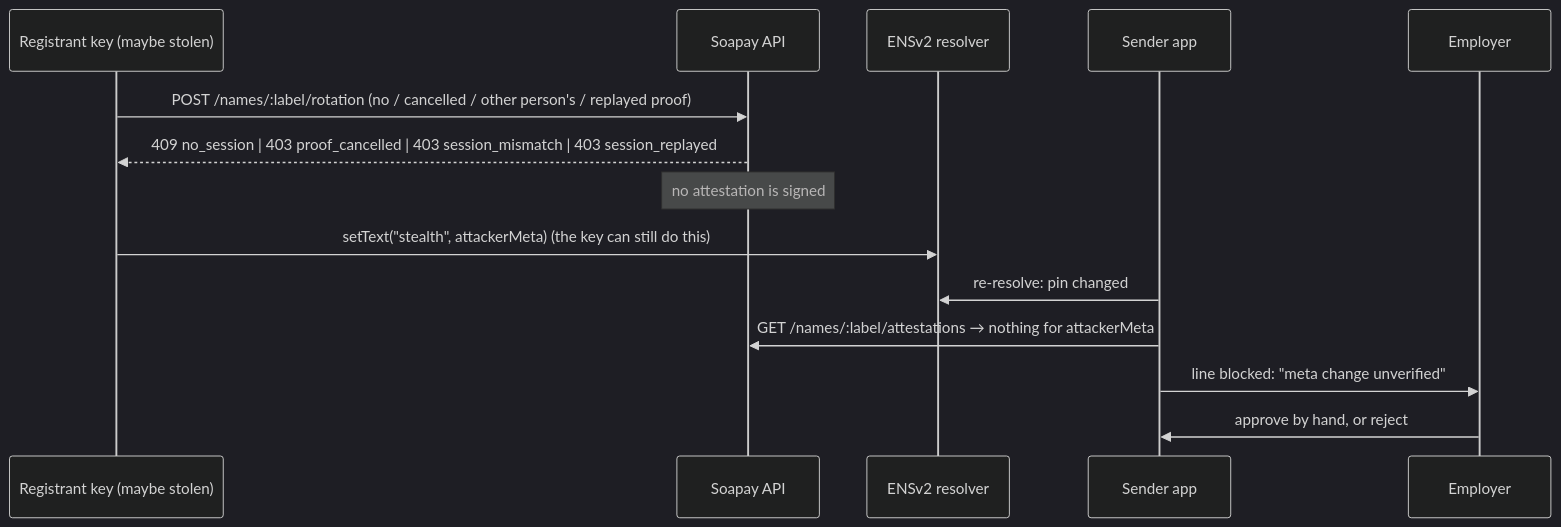
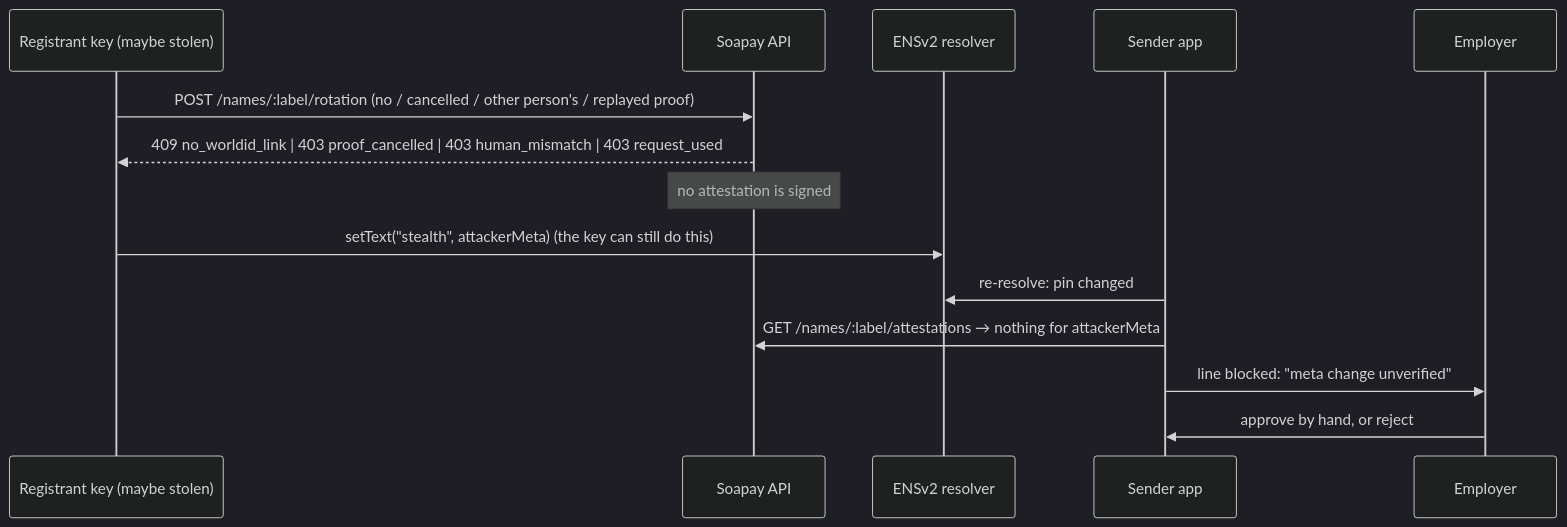
Before and after one commit to easonchai/soapay: the third of 3 diagrams in docs/worldid.md, drawn with Mermaid (dark theme). The commit also changed other lines of this file and 6 other files, not shown here.

First line of the commit message:
Docs: World ID recovery by nullifier (D-58), debrief friction, architecture, spec and bounty notes

````diff
--- a/docs/worldid.md
+++ b/docs/worldid.md
@@ -107,16 +119,16 @@
 ```mermaid
 sequenceDiagram
   participant X as Registrant key (maybe stolen)
   participant A as Soapay API
   participant E as ENSv2 resolver
   participant S as Sender app
   participant H as Employer
   X->>A: POST /names/:label/rotation (no / cancelled / other person's / replayed proof)
-  A-->>X: 409 no_session | 403 proof_cancelled | 403 session_mismatch | 403 session_replayed
+  A-->>X: 409 no_worldid_link | 403 proof_cancelled | 403 human_mismatch | 403 request_used
   Note over A: no attestation is signed
   X->>E: setText("stealth", attackerMeta) (the key can still do this)
   S->>E: re-resolve: pin changed
   S->>A: GET /names/:label/attestations → nothing for attackerMeta
   S->>H: line blocked: "meta change unverified"
   H->>S: approve by hand, or reject
 ```
````
